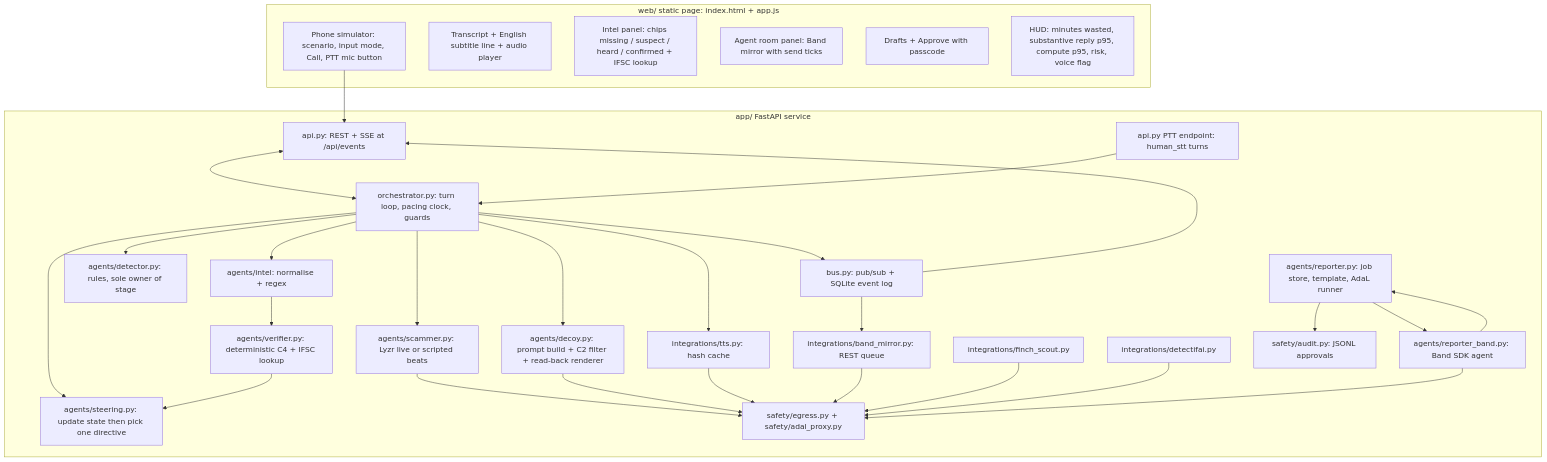
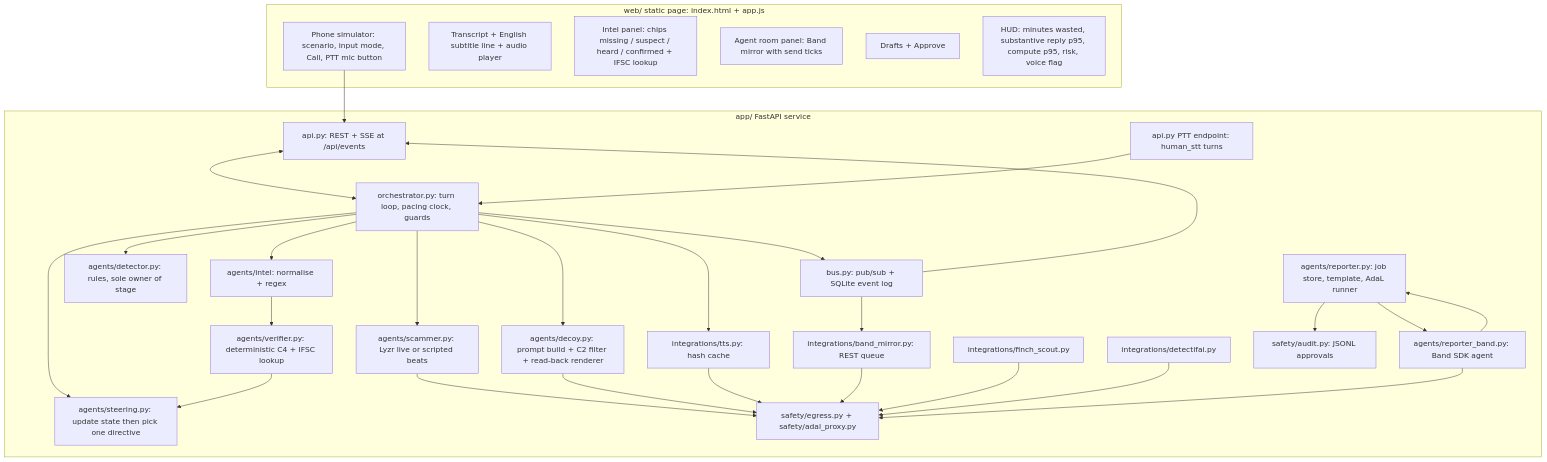
One commit to SaketSinghRajput/Saarthi-Kavach changed the second of 3 diagrams in docs/architecture/ARCHITECTURE.md. Above: the diagram before and after it, drawn with Mermaid. The commit also changed other lines of this file and 22 other files, not shown here.

````diff
--- a/docs/architecture/ARCHITECTURE.md
+++ b/docs/architecture/ARCHITECTURE.md
@@ -134,43 +134,43 @@
 ```mermaid
 flowchart TB
   subgraph WEB["web/ static page: index.html + app.js"]
     UI1["Phone simulator: scenario, input mode, Call, PTT mic button"]
     UI2["Transcript + English subtitle line + audio player"]
     UI3["Intel panel: chips missing / suspect / heard / confirmed + IFSC lookup"]
     UI4["Agent room panel: Band mirror with send ticks"]
-    UI5["Drafts + Approve with passcode"]
+    UI5["Drafts + Approve"]
     UI6["HUD: minutes wasted, substantive reply p95, compute p95, risk, voice flag"]
   end
   subgraph SVC["app/ FastAPI service"]
     API["api.py: REST + SSE at /api/events"]
     ORC["orchestrator.py: turn loop, pacing clock, guards"]
     BUS["bus.py: pub/sub + SQLite event log"]
     SCM["agents/scammer.py: Lyzr live or scripted beats"]
     PTT["api.py PTT endpoint: human_stt turns"]
     DEC["agents/decoy.py: prompt build + C2 filter + read-back renderer"]
     DET["agents/detector.py: rules, sole owner of stage"]
     INT["agents/intel: normalise + regex"]
     VER["agents/verifier.py: deterministic C4 + IFSC lookup"]
     STR["agents/steering.py: update state then pick one directive"]
     REP["agents/reporter.py: job store, template, AdaL runner"]
     RBA["agents/reporter_band.py: Band SDK agent"]
     TTS["integrations/tts.py: hash cache"]
     BAND["integrations/band_mirror.py: REST queue"]
     FIN["integrations/finch_scout.py"]
     DFI["integrations/detectifai.py"]
     EGR["safety/egress.py + safety/adal_proxy.py"]
     AUD["safety/audit.py: JSONL approvals"]
   end
   UI1 --> API
   API <--> ORC
   PTT --> ORC
   ORC --> SCM & DEC & DET & INT & STR & TTS
   INT --> VER --> STR
   ORC --> BUS
   BUS --> API
   BUS --> BAND
   REP --> RBA
   RBA --> REP
   REP --> AUD
   SCM & DEC & TTS & BAND & FIN & DFI & RBA --> EGR
 ```
````
